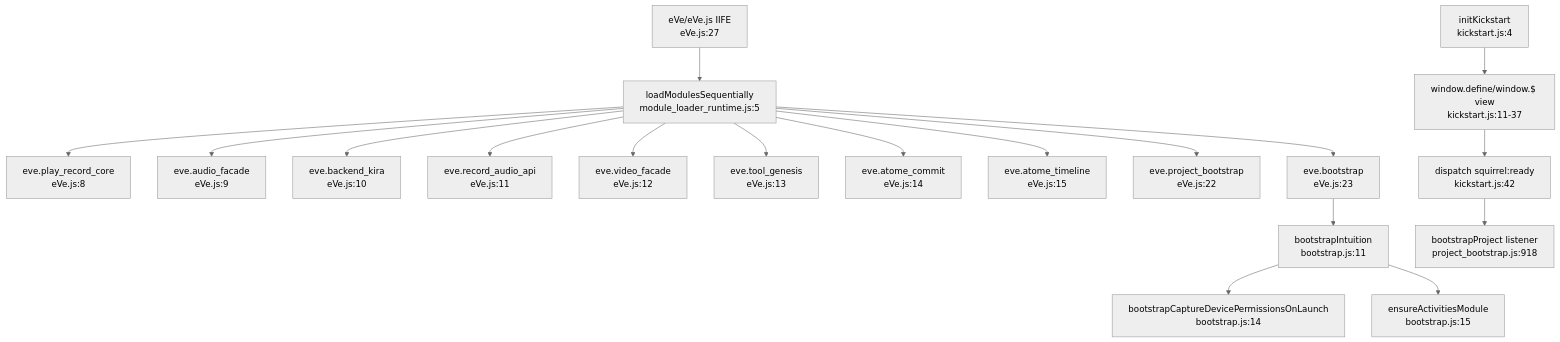
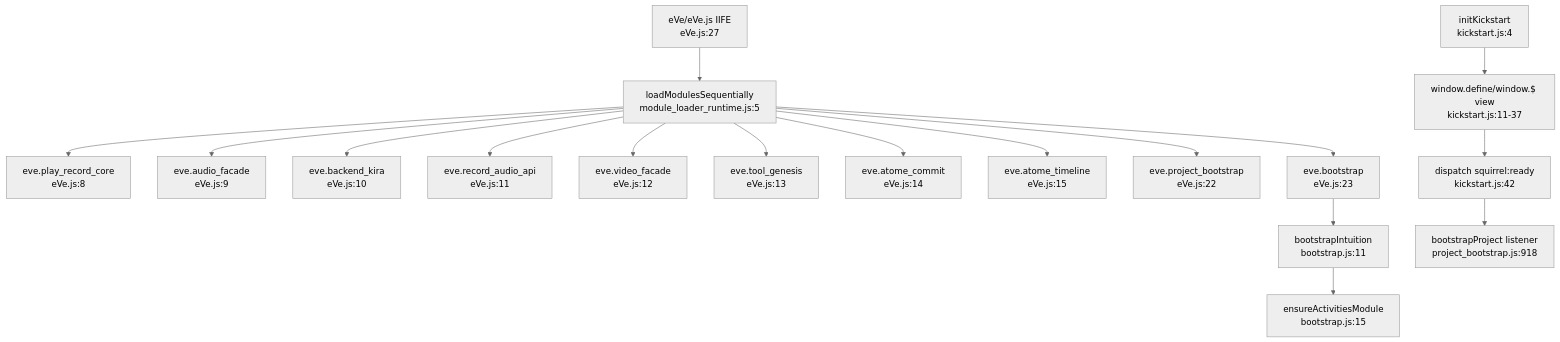
Before and after one commit to atomecorp/a: the diagram in atome/documentations/graphs/boot/01-call-graph.md, drawn with Mermaid (neutral theme). The commit also changed 71 other files, not shown here.

````diff
--- a/atome/documentations/graphs/boot/01-call-graph.md
+++ b/atome/documentations/graphs/boot/01-call-graph.md
@@ -3,20 +3,19 @@
 ```mermaid
 flowchart TD
   Eve["eVe/eVe.js IIFE\neVe.js:27"] --> Loader["loadModulesSequentially\nmodule_loader_runtime.js:5"]
   Loader --> AudioCore["eve.play_record_core\neVe.js:8"]
   Loader --> AudioFacade["eve.audio_facade\neVe.js:9"]
   Loader --> Kira["eve.backend_kira\neVe.js:10"]
   Loader --> RecordApi["eve.record_audio_api\neVe.js:11"]
   Loader --> VideoFacade["eve.video_facade\neVe.js:12"]
   Loader --> ToolGenesis["eve.tool_genesis\neVe.js:13"]
   Loader --> Commit["eve.atome_commit\neVe.js:14"]
   Loader --> Timeline["eve.atome_timeline\neVe.js:15"]
   Loader --> ProjectBoot["eve.project_bootstrap\neVe.js:22"]
   Loader --> IntuitionBoot["eve.bootstrap\neVe.js:23"]
   IntuitionBoot --> BootIntuition["bootstrapIntuition\nbootstrap.js:11"]
-  BootIntuition --> CapturePerm["bootstrapCaptureDevicePermissionsOnLaunch\nbootstrap.js:14"]
   BootIntuition --> Activities["ensureActivitiesModule\nbootstrap.js:15"]
   Kickstart["initKickstart\nkickstart.js:4"] --> View["window.define/window.$ view\nkickstart.js:11-37"]
   View --> Ready["dispatch squirrel:ready\nkickstart.js:42"]
   Ready --> ProjectBoot2["bootstrapProject listener\nproject_bootstrap.js:918"]
 ```
````
